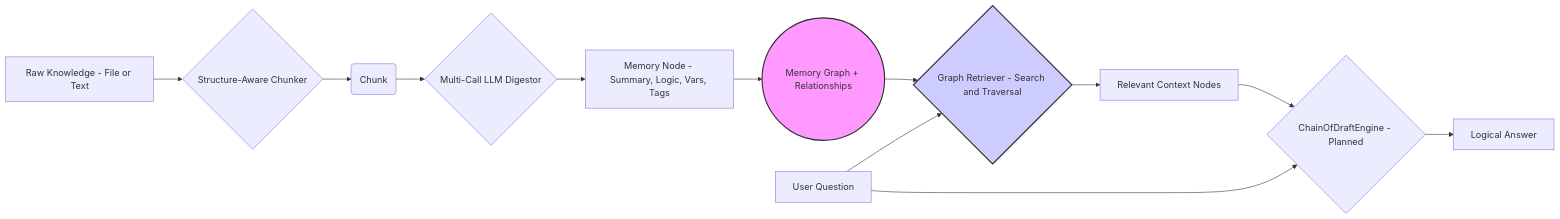
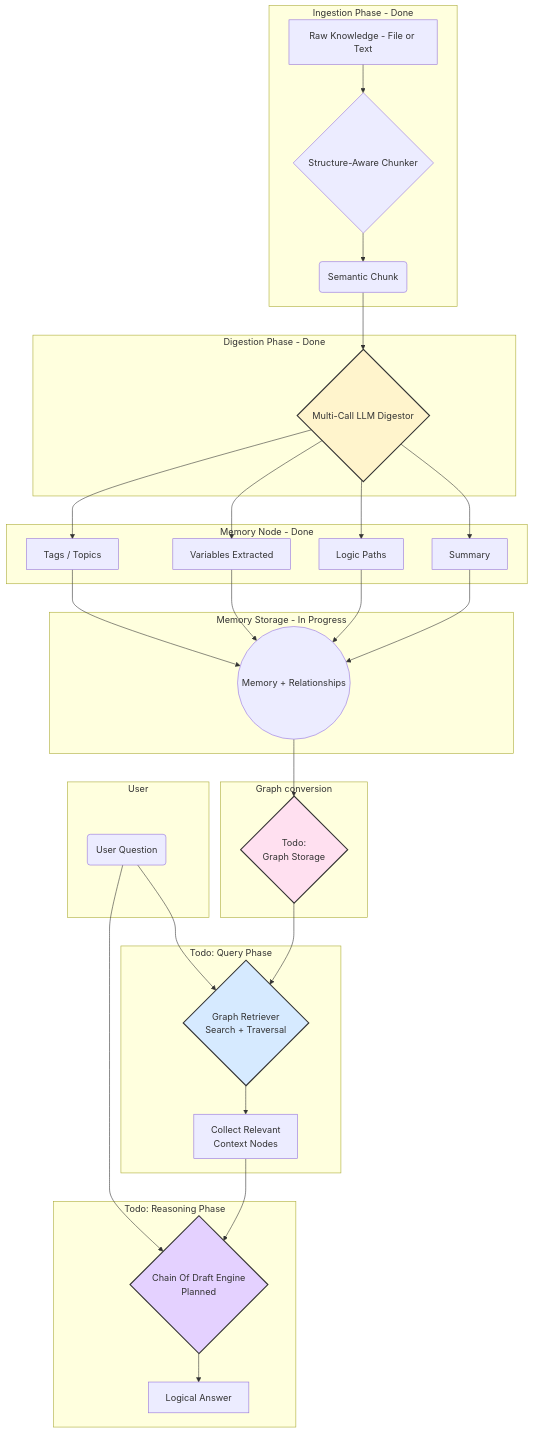
The diagram in README.md (benschneider/llm-lucid-memory), drawn with Mermaid before and after one commit.

Commit message:
Usefull graph

````diff
--- a/README.md
+++ b/README.md
@@ -110,18 +110,64 @@
 ```mermaid
-graph LR
-    A[Raw Knowledge - File or Text] --> B{Structure-Aware Chunker};
-    B --> C(Chunk);
-    C --> D{Multi-Call LLM Digestor};
-    D --> E[Memory Node - Summary, Logic, Vars, Tags];
-    E --> F((Memory Graph + Relationships));
+flowchart TD
 
-    G[User Question] --> H{Graph Retriever - Search and Traversal};
-    F --> H;
-    H --> I[Relevant Context Nodes];
-    I --> J{ChainOfDraftEngine - Planned};
-    G --> J;
-    J --> K[Logical Answer];
+  %% Ingestion Phase
+  subgraph Ingestion Phase - Done
+    A[Raw Knowledge - File or Text] --> B{Structure-Aware Chunker}
+    B --> C(Semantic Chunk)
+  end
 
-    style F fill:#f9f,stroke:#333,stroke-width:2px
-    style H fill:#ccf,stroke:#333,stroke-width:2px
+  %% Digestion Phase
+  subgraph Digestion Phase - Done
+    C --> D{Multi-Call LLM Digestor}
+    style D fill:#fff4cc,stroke:#333,stroke-width:2px
+  end
+
+  %% Memory Node Phase
+  subgraph Memory Node -  Done
+    D --> M1[Summary]
+    D --> M2[Logic Paths]
+    D --> M3[Variables Extracted]
+    D --> M4[Tags / Topics]
+  end
+
+  %% Memory Storage
+  subgraph Memory Storage - In Progress
+    M1 --> G((Memory + Relationships))
+    M2 --> G
+    M3 --> G
+    M4 --> G
+    style G2 fill:#ffe0f0,stroke:#333,stroke-width:2px
+    
+  end
+
+  %% Convert into and add to Graph storage
+  subgraph Graph conversion
+    G --> G2{Todo:
+    Graph Storage }
+  end
+
+  subgraph User
+    H(User Question)
+  end
+
+
+  %% Query Phase
+  subgraph Todo: Query Phase
+    I{Graph Retriever 
+    Search + Traversal}
+    H --> I
+    G2 --> I
+    I --> J[Collect Relevant 
+    Context Nodes]
+    style I fill:#d6eaff,stroke:#333,stroke-width:2px
+  end
+
+  %% Reasoning Phase
+  subgraph Todo: Reasoning Phase
+    J --> K{Chain Of Draft Engine 
+    Planned}
+    H --> K
+    K --> L[Logical Answer]
+    style K fill:#e4d1ff,stroke:#333,stroke-width:2px
+  end
 ```
````
